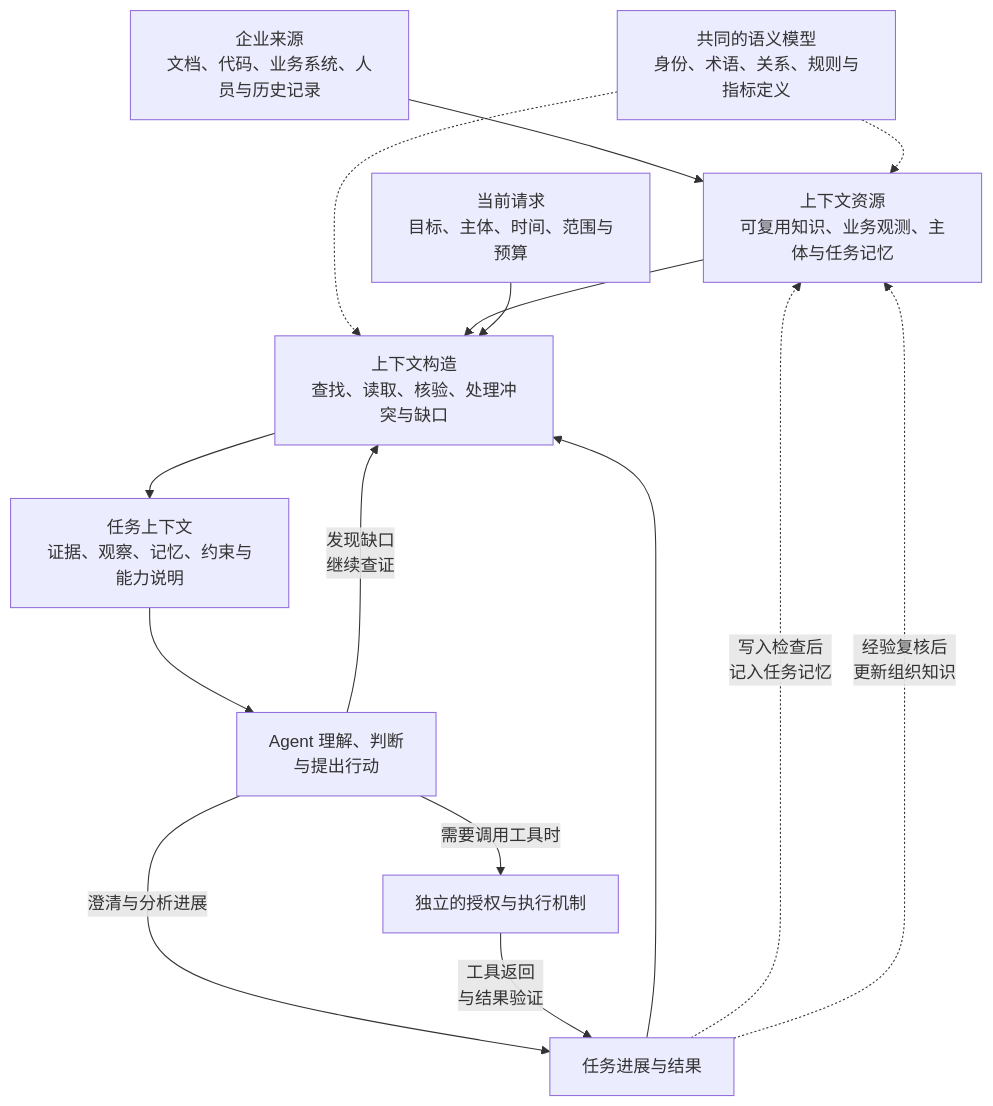
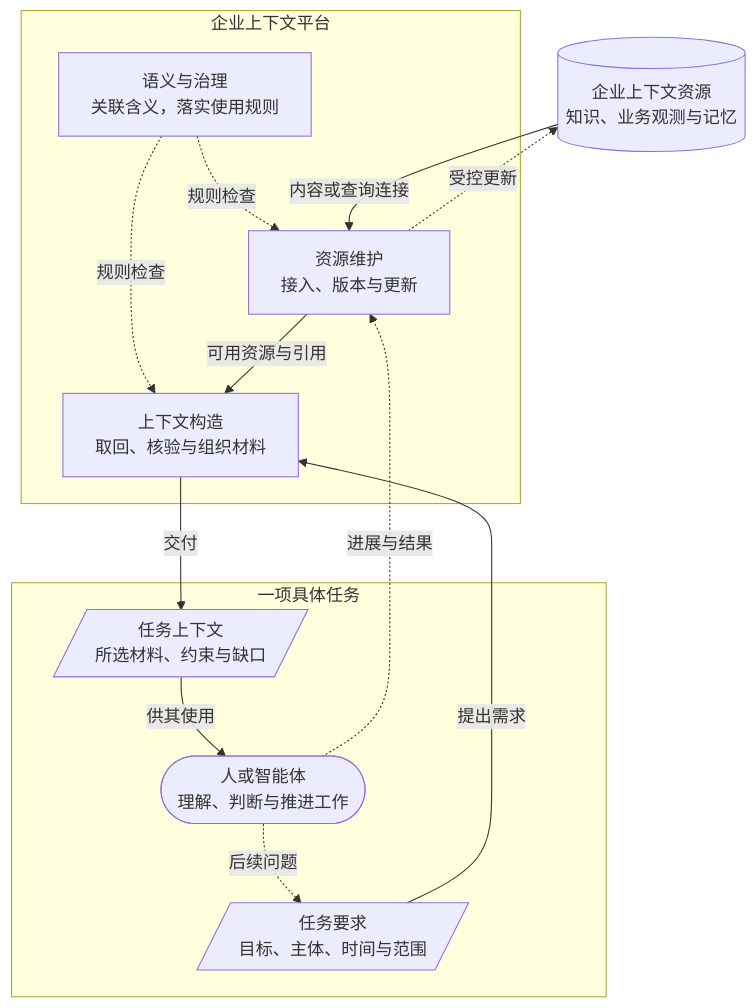
One commit to LENSHOOD/enterprise-context-book changed the diagram in book/part-1/chapter-03.md. Above: the diagram before and after it, drawn with Mermaid. The commit also changed other lines of this file and 8 other files, not shown here.

Commit message:
docs: clarify resource platform and task architecture for readers

````diff
--- a/book/part-1/chapter-03.md
+++ b/book/part-1/chapter-03.md
@@ -11,17 +9,24 @@
 ```mermaid
 flowchart TB
-  S["企业来源<br/>文档、代码、业务系统、人员与历史记录"] --> R["上下文资源<br/>可复用知识、业务观测、主体与任务记忆"]
-  M["共同的语义模型<br/>身份、术语、关系、规则与指标定义"] -.-> R
-  M -.-> C["上下文构造<br/>查找、读取、核验、处理冲突与缺口"]
-  R --> C
-  Q["当前请求<br/>目标、主体、时间、范围与预算"] --> C
-  C --> P["任务上下文<br/>证据、观察、记忆、约束与能力说明"]
-  P --> A["Agent 理解、判断<br/>与提出行动"]
-  A -->|"发现缺口<br/>继续查证"| C
-  A -- 需要调用工具时 --> X["独立的授权与执行机制"]
-  A -- 澄清与分析进展 --> F["任务进展与结果"]
-  X -->|"工具返回<br/>与结果验证"| F
-  F --> C
-  F -.->|"写入检查后<br/>记入任务记忆"| R
-  F -.->|"经验复核后<br/>更新组织知识"| R
+  R[("企业上下文资源<br/>知识、业务观测与记忆")]
+  subgraph P["企业上下文平台"]
+    I["资源维护<br/>接入、版本与更新"]
+    G["语义与治理<br/>关联含义，落实使用规则"]
+    C["上下文构造<br/>取回、核验与组织材料"]
+    G -.规则检查.-> I
+    G -.规则检查.-> C
+    I -->|可用资源与引用| C
+  end
+  subgraph T["一项具体任务"]
+    Q[/"任务要求<br/>目标、主体、时间与范围"/]
+    B[/"任务上下文<br/>所选材料、约束与缺口"/]
+    A(["人或智能体<br/>理解、判断与推进工作"])
+    B -->|供其使用| A
+    A -.后续问题.-> Q
+  end
+  R -->|内容或查询连接| I
+  Q -->|提出需求| C
+  C -->|交付| B
+  A -.进展与结果.-> I
+  I -.受控更新.-> R
 ```
````
